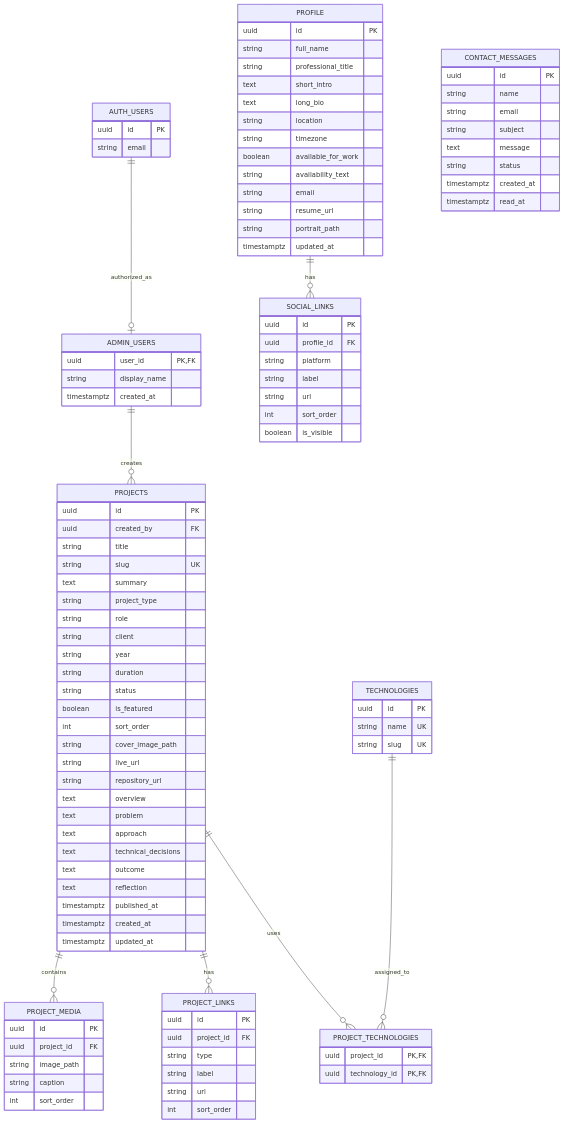
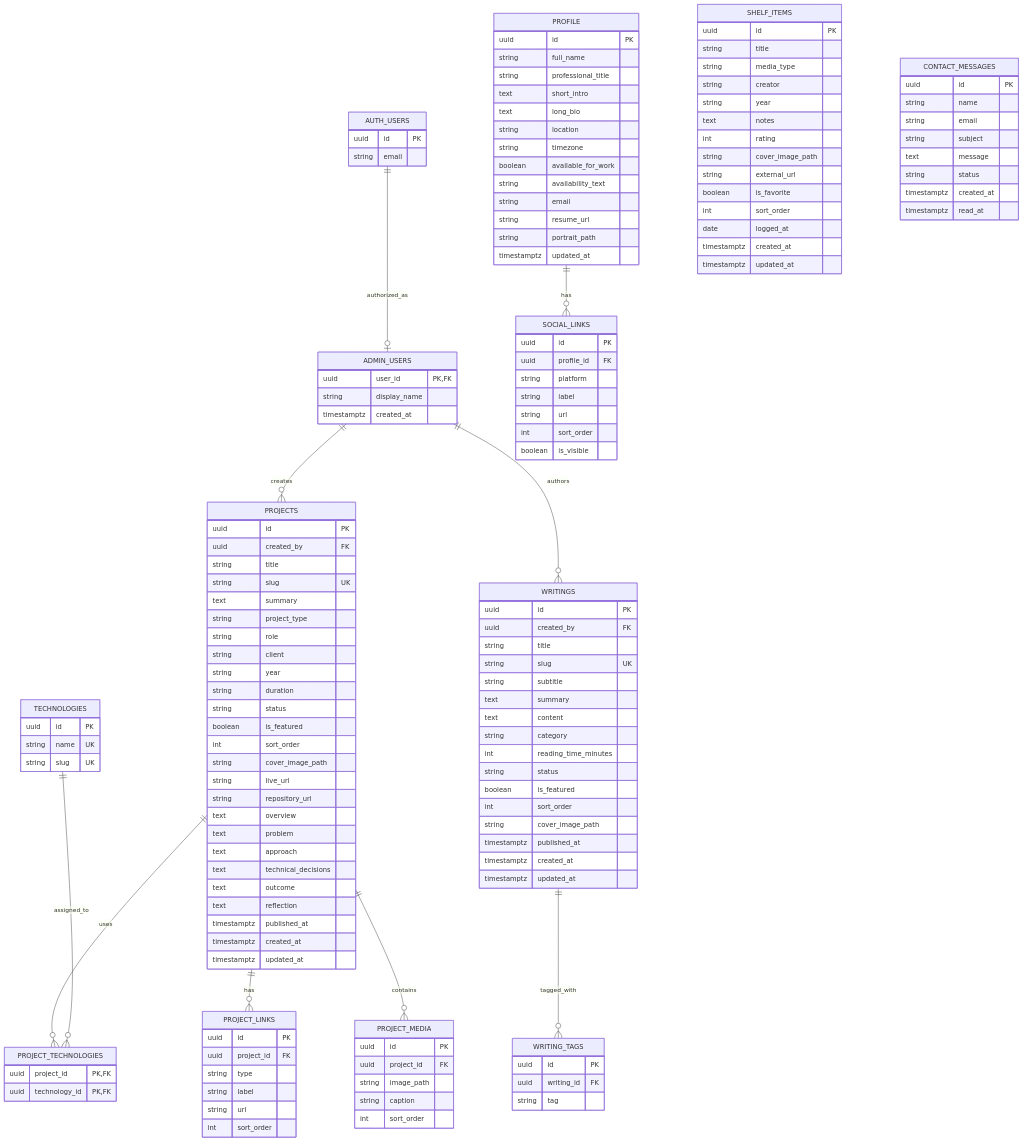
One commit to adialfyan/personal-portfolio changed the diagram in docs/03-database-erd.md. Above: the diagram before and after it, drawn with Mermaid. The commit also changed 70 other files, not shown here.

```diff
--- a/docs/03-database-erd.md
+++ b/docs/03-database-erd.md
@@ -105,6 +105,51 @@
         uuid technology_id PK, FK
     }
 
+    WRITINGS ||--o{ WRITING_TAGS : tagged_with
+    ADMIN_USERS ||--o{ WRITINGS : authors
+
+    WRITINGS {
+        uuid id PK
+        uuid created_by FK
+        string title
+        string slug UK
+        string subtitle
+        text summary
+        text content
+        string category
+        int reading_time_minutes
+        string status
+        boolean is_featured
+        int sort_order
+        string cover_image_path
+        timestamptz published_at
+        timestamptz created_at
+        timestamptz updated_at
+    }
+
+    WRITING_TAGS {
+        uuid id PK
+        uuid writing_id FK
+        string tag
+    }
+
+    SHELF_ITEMS {
+        uuid id PK
+        string title
+        string media_type
+        string creator
+        string year
+        text notes
+        int rating
+        string cover_image_path
+        string external_url
+        boolean is_favorite
+        int sort_order
+        date logged_at
+        timestamptz created_at
+        timestamptz updated_at
+    }
+
     CONTACT_MESSAGES {
         uuid id PK
         string name
```
